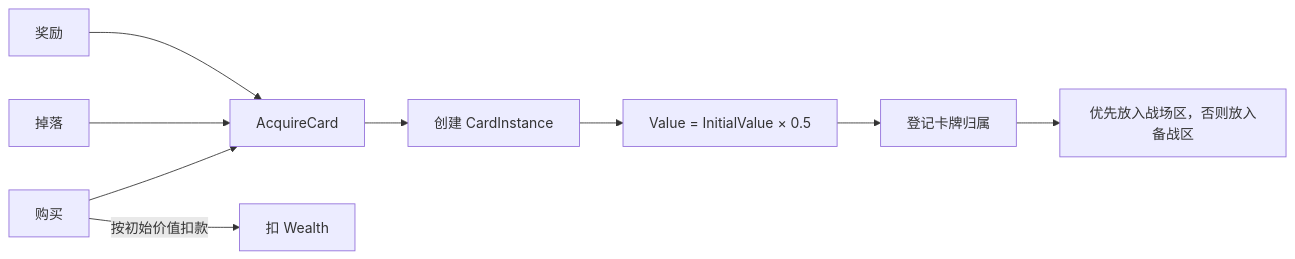
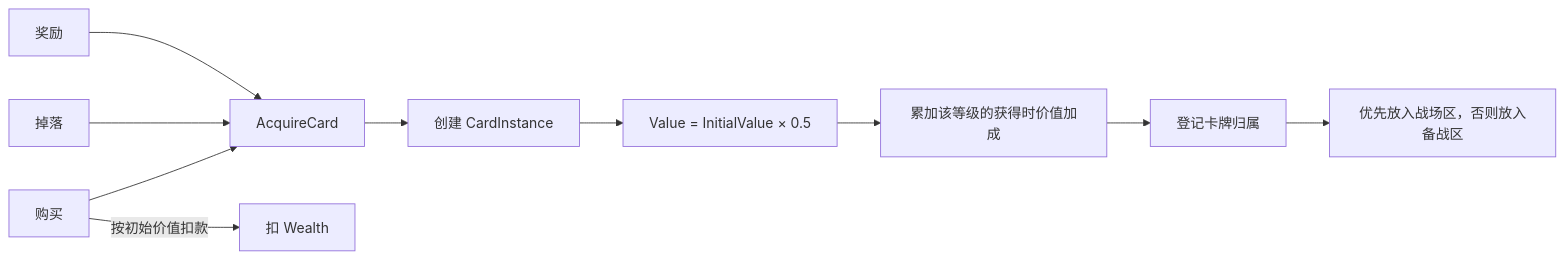
Before and after one commit to WayneTang99/Project_Star: the third of 5 diagrams in docs/ARCHITECTURE.md, drawn with Mermaid. The commit also changed other lines of this file and 3 other files, not shown here.

````diff
--- a/docs/ARCHITECTURE.md
+++ b/docs/ARCHITECTURE.md
@@ -182,11 +183,12 @@
 ```mermaid
 flowchart LR
     Buy["购买"] --> Acquire["AcquireCard"]
     Drop["掉落"] --> Acquire
     Reward["奖励"] --> Acquire
     Buy -->|"按初始价值扣款"| Pay["扣 Wealth"]
     Acquire --> Create["创建 CardInstance"]
     Create --> Half["Value = InitialValue × 0.5"]
-    Half --> Owned["登记卡牌归属"]
+    Half --> Bonus["累加该等级的获得时价值加成"]
+    Bonus --> Owned["登记卡牌归属"]
     Owned --> AutoPlace["优先放入战场区，否则放入备战区"]
 ```
````
